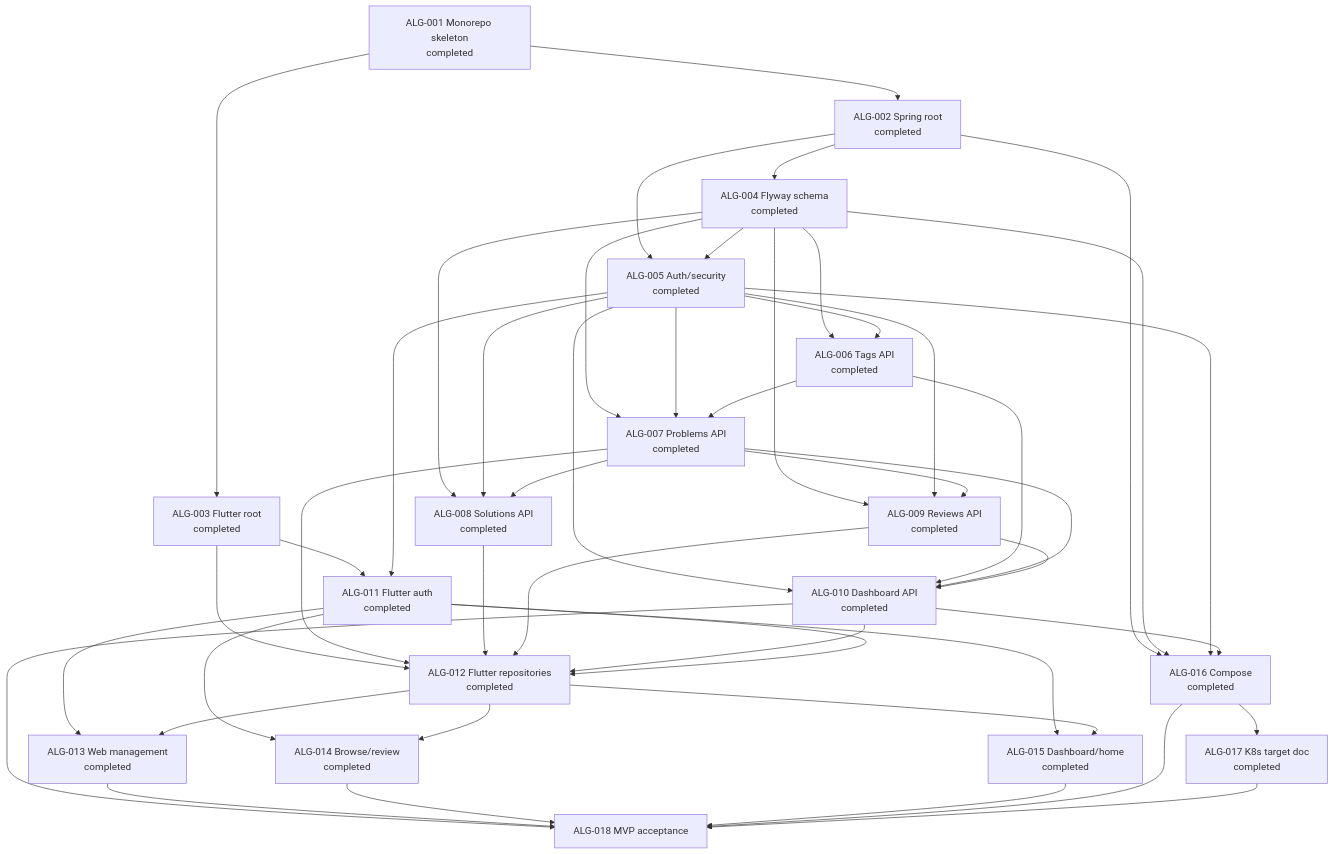
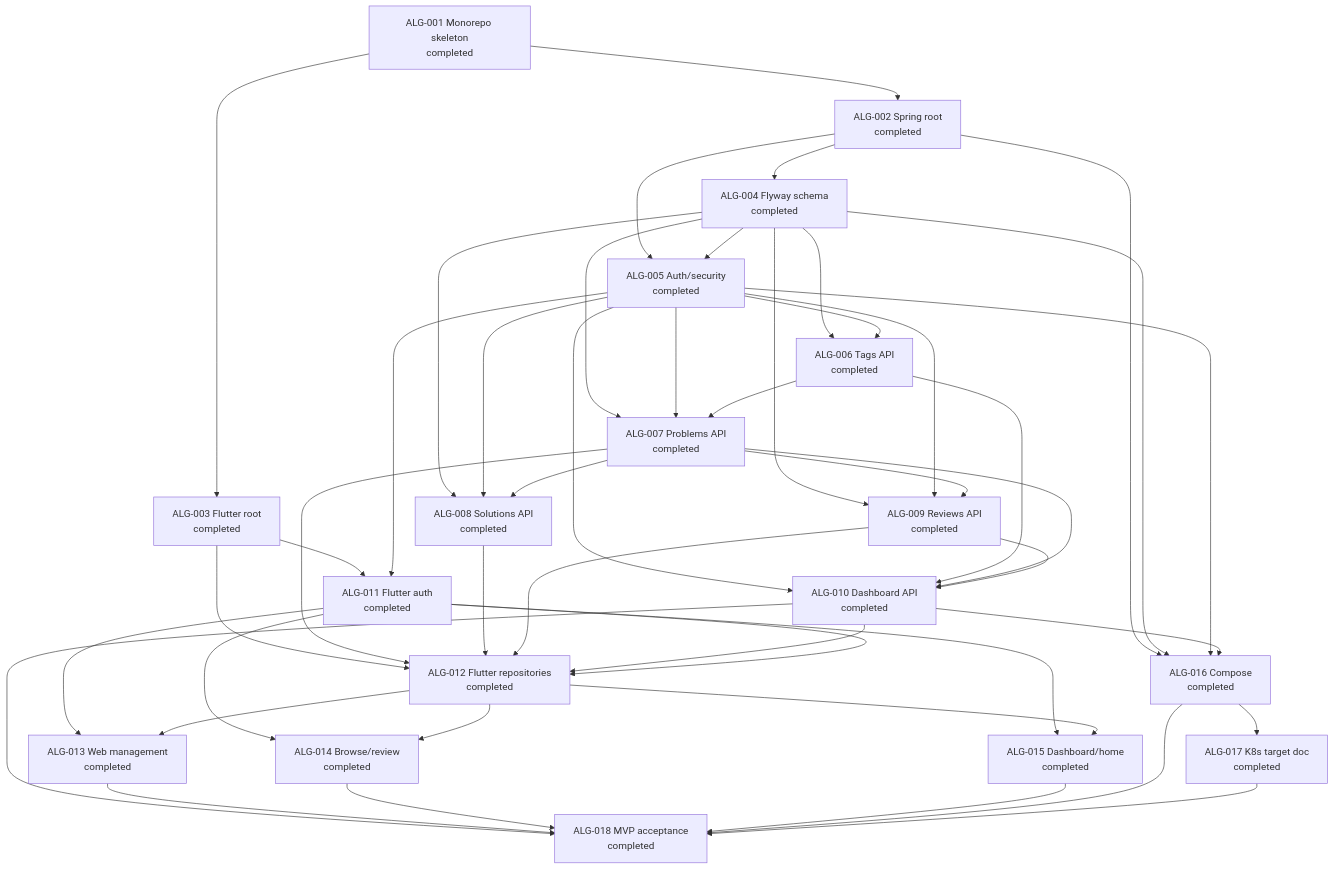
The diagram in agent-workflow/WORK_GRAPH.md (allenljf/algorithm-learning), drawn with Mermaid before and after one commit. The commit also changed 7 other files, not shown here.

Commit message:
test: add MVP acceptance integration suite

````diff
--- a/agent-workflow/WORK_GRAPH.md
+++ b/agent-workflow/WORK_GRAPH.md
@@ -3,67 +3,67 @@
 ```mermaid
 flowchart TD
   T1[ALG-001 Monorepo skeleton\ncompleted]
   T2[ALG-002 Spring root\ncompleted]
   T3[ALG-003 Flutter root\ncompleted]
   T4[ALG-004 Flyway schema\ncompleted]
   T5[ALG-005 Auth/security\ncompleted]
   T6[ALG-006 Tags API\ncompleted]
   T7[ALG-007 Problems API\ncompleted]
   T8[ALG-008 Solutions API\ncompleted]
   T9[ALG-009 Reviews API\ncompleted]
   T10[ALG-010 Dashboard API\ncompleted]
   T11[ALG-011 Flutter auth\ncompleted]
   T12[ALG-012 Flutter repositories\ncompleted]
   T13[ALG-013 Web management\ncompleted]
   T14[ALG-014 Browse/review\ncompleted]
   T15[ALG-015 Dashboard/home\ncompleted]
   T16[ALG-016 Compose\ncompleted]
   T17[ALG-017 K8s target doc\ncompleted]
-  T18[ALG-018 MVP acceptance]
+  T18[ALG-018 MVP acceptance\ncompleted]
 
   T1 --> T2
   T1 --> T3
   T2 --> T4
   T2 --> T5
   T4 --> T5
   T4 --> T6
   T5 --> T6
   T4 --> T7
   T5 --> T7
   T6 --> T7
   T4 --> T8
   T5 --> T8
   T7 --> T8
   T4 --> T9
   T5 --> T9
   T7 --> T9
   T5 --> T10
   T6 --> T10
   T7 --> T10
   T9 --> T10
   T3 --> T11
   T5 --> T11
   T3 --> T12
   T7 --> T12
   T8 --> T12
   T9 --> T12
   T10 --> T12
   T11 --> T12
   T11 --> T13
   T12 --> T13
   T11 --> T14
   T12 --> T14
   T11 --> T15
   T12 --> T15
   T2 --> T16
   T4 --> T16
   T5 --> T16
   T10 --> T16
   T16 --> T17
   T10 --> T18
   T13 --> T18
   T14 --> T18
   T15 --> T18
   T16 --> T18
   T17 --> T18
 ```
````
